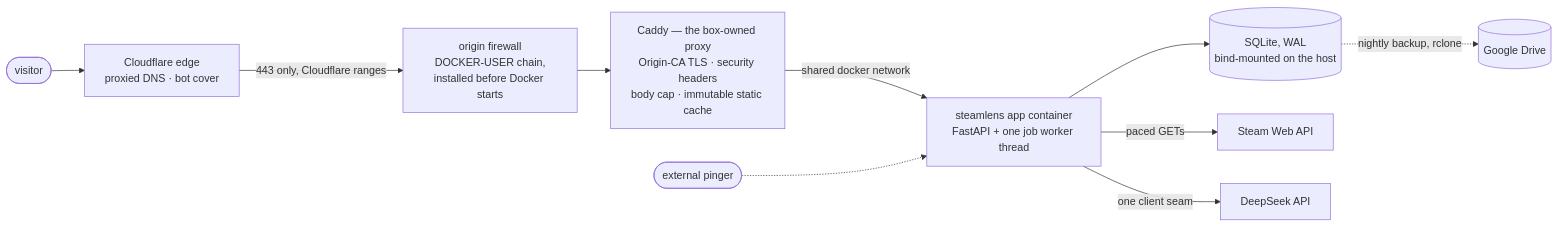
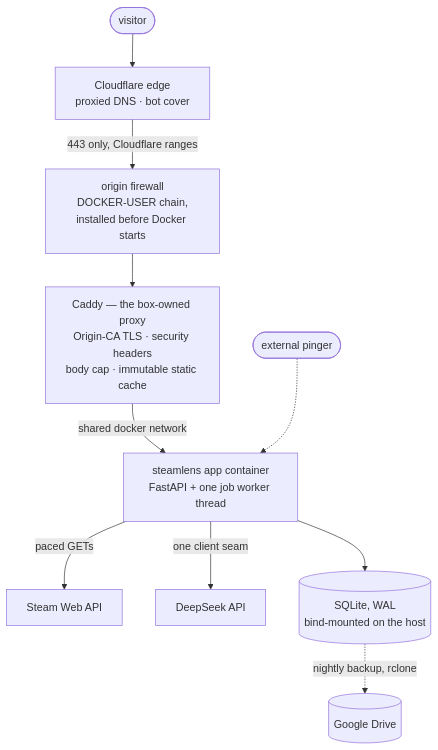
Before and after one commit to arda-basarici/steam-lens: the first of 4 diagrams in ARCHITECTURE.md, drawn with Mermaid. The commit also changed other lines of this file, not shown here.

Commit message:
diagram polish

````diff
--- a/ARCHITECTURE.md
+++ b/ARCHITECTURE.md
@@ -18,20 +18,20 @@
 ```mermaid
 %%{init: {"flowchart": {"diagramPadding": 150}}}%%
-flowchart LR
+flowchart TD
     V([visitor]) --> CF["`Cloudflare edge
     proxied DNS · bot cover`"]
     CF -->|"443 only, Cloudflare ranges"| FW["`origin firewall
     DOCKER-USER chain,
     installed before Docker starts`"]
     FW --> CADDY["`Caddy — the box-owned proxy
     Origin-CA TLS · security headers
     body cap · immutable static cache`"]
     CADDY -->|"shared docker network"| APP["`steamlens app container
     FastAPI + one job worker thread`"]
+    PING(["external pinger"]) -.-> APP
+    APP -->|"paced GETs"| STEAM["Steam Web API"]
+    APP -->|"one client seam"| LLM["DeepSeek API"]
     APP --> DB[("`SQLite, WAL
     bind-mounted on the host`")]
-    APP -->|"paced GETs"| STEAM["Steam Web API"]
-    APP -->|"one client seam"| LLM["DeepSeek API"]
     DB -.->|"nightly backup, rclone"| DRIVE[("Google Drive")]
-    PING(["external pinger"]) -.-> APP
 ```
````
